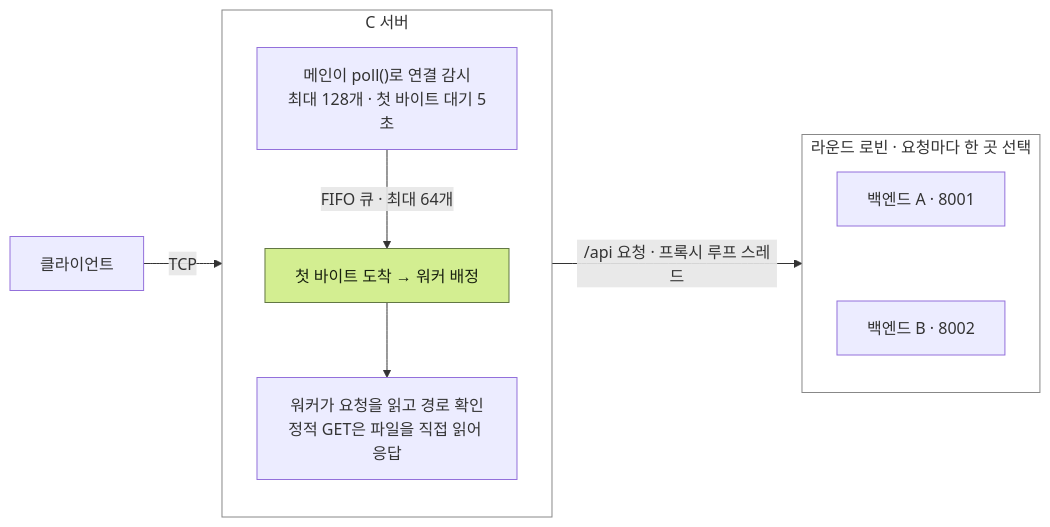
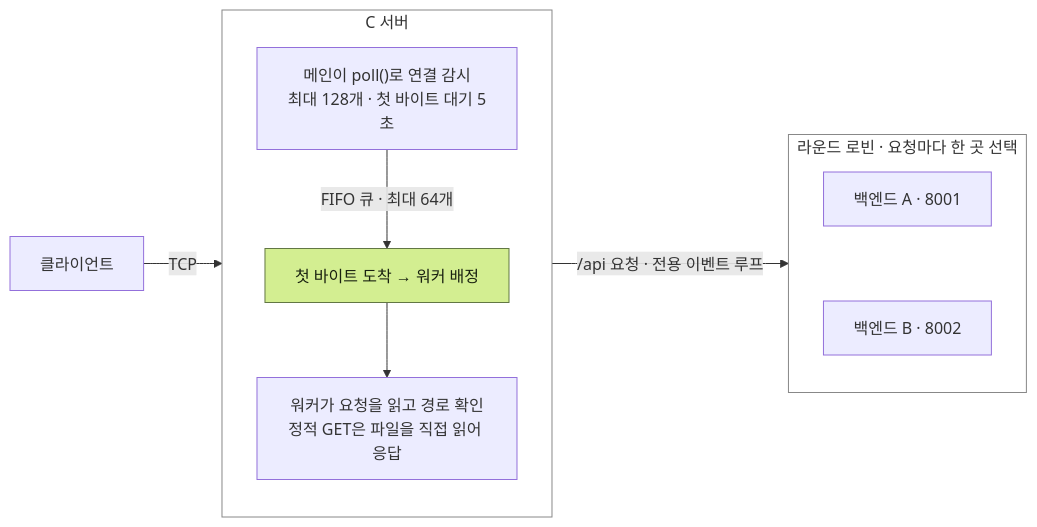
The diagram in webserver/README.md (jungleheldeneye/week13), drawn with Mermaid before and after one commit. The commit also changed other lines of this file, not shown here.

````diff
--- a/webserver/README.md
+++ b/webserver/README.md
@@ -9,27 +9,27 @@
 ```mermaid
 flowchart LR
     C["클라이언트"] -->|"TCP"| S
 
     subgraph S["C 서버"]
         direction TB
         M["메인이 poll()로 연결 감시<br/>최대 128개 · 첫 바이트 대기 5초"]
         W["첫 바이트 도착 → 워커 배정"]
         R["워커가 요청을 읽고 경로 확인<br/>정적 GET은 파일을 직접 읽어 응답"]
         M -->|"FIFO 큐 · 최대 64개"| W
         W --> R
     end
 
-    S -->|"/api 요청 · 프록시 루프 스레드"| B
+    S -->|"/api 요청 · 전용 이벤트 루프"| B
 
     subgraph B["라운드 로빈 · 요청마다 한 곳 선택"]
         direction TB
         A["백엔드 A · 8001"]
         B2["백엔드 B · 8002"]
         A ~~~ B2
     end
 
     classDef focus fill:#d3ee91,stroke:#627744,color:#192110
     class W focus
     style S fill:transparent,stroke:#888
     style B fill:transparent,stroke:#888
 ```
````
